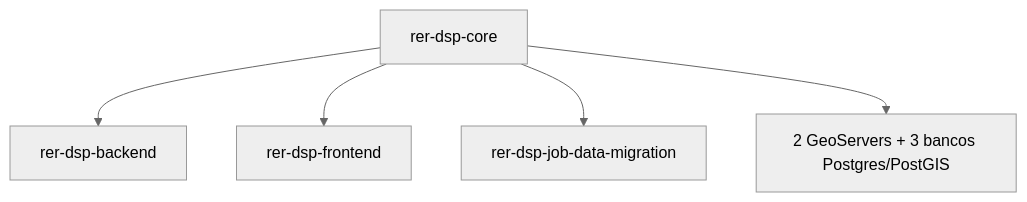
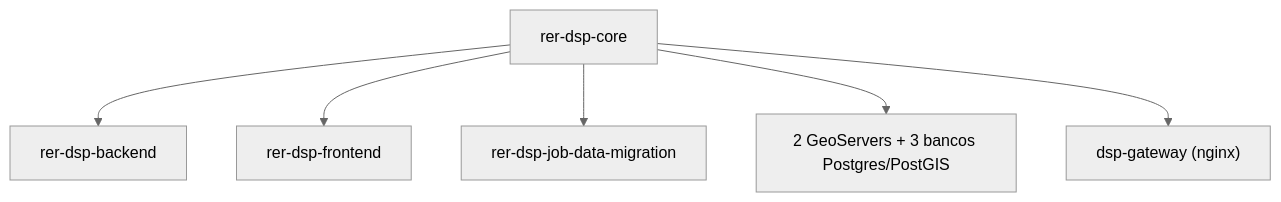
One commit to kleber-albino/rer-dsp-docs changed the first of 3 diagrams in docs/modules/core.md. Above: the diagram before and after it, drawn with Mermaid (neutral theme). The commit also changed other lines of this file and 6 other files, not shown here.

````diff
--- a/docs/modules/core.md
+++ b/docs/modules/core.md
@@ -9,13 +9,15 @@
 ```mermaid
 flowchart TD
   core["rer-dsp-core"]
   be["rer-dsp-backend"]
   fe["rer-dsp-frontend"]
   job["rer-dsp-job-data-migration"]
   gs["2 GeoServers + 3 bancos Postgres/PostGIS"]
+  gw["dsp-gateway (nginx)"]
 
   core --> be
   core --> fe
   core --> job
   core --> gs
+  core --> gw
 ```
````
